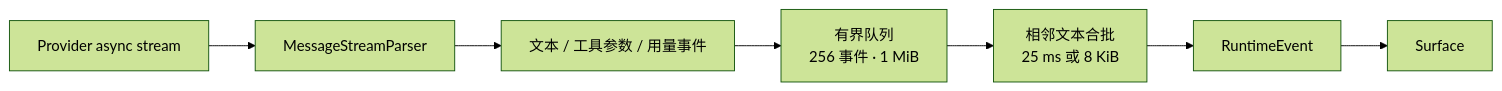
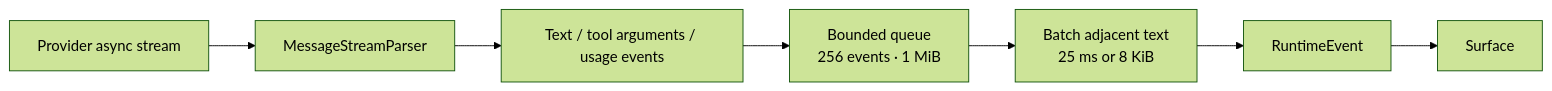
The diagram in docs/internals/01-runtime/model-stream.md (Azzurroooo/rind), drawn with Mermaid (forest theme) before and after one commit. The commit also changed other lines of this file and 109 other files, not shown here.

```diff
--- a/docs/internals/01-runtime/model-stream.md
+++ b/docs/internals/01-runtime/model-stream.md
@@ -5,9 +7,9 @@
 ~~~mermaid
 flowchart LR
     SDK["Provider async stream"] --> PARSER["MessageStreamParser"]
-    PARSER --> PRODUCER["文本 / 工具参数 / 用量事件"]
-    PRODUCER --> Q["有界队列<br/>256 事件 · 1 MiB"]
-    Q --> BATCH["相邻文本合批<br/>25 ms 或 8 KiB"]
+    PARSER --> PRODUCER["Text / tool arguments / usage events"]
+    PRODUCER --> Q["Bounded queue<br/>256 events · 1 MiB"]
+    Q --> BATCH["Batch adjacent text<br/>25 ms or 8 KiB"]
     BATCH --> R["RuntimeEvent"]
     R --> SURFACE["Surface"]
 ~~~
```
